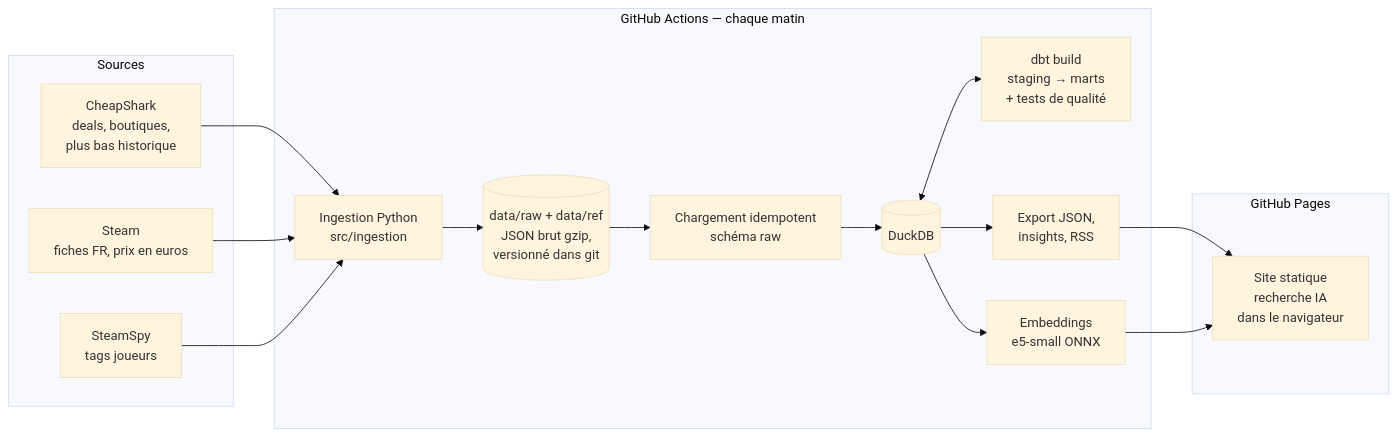
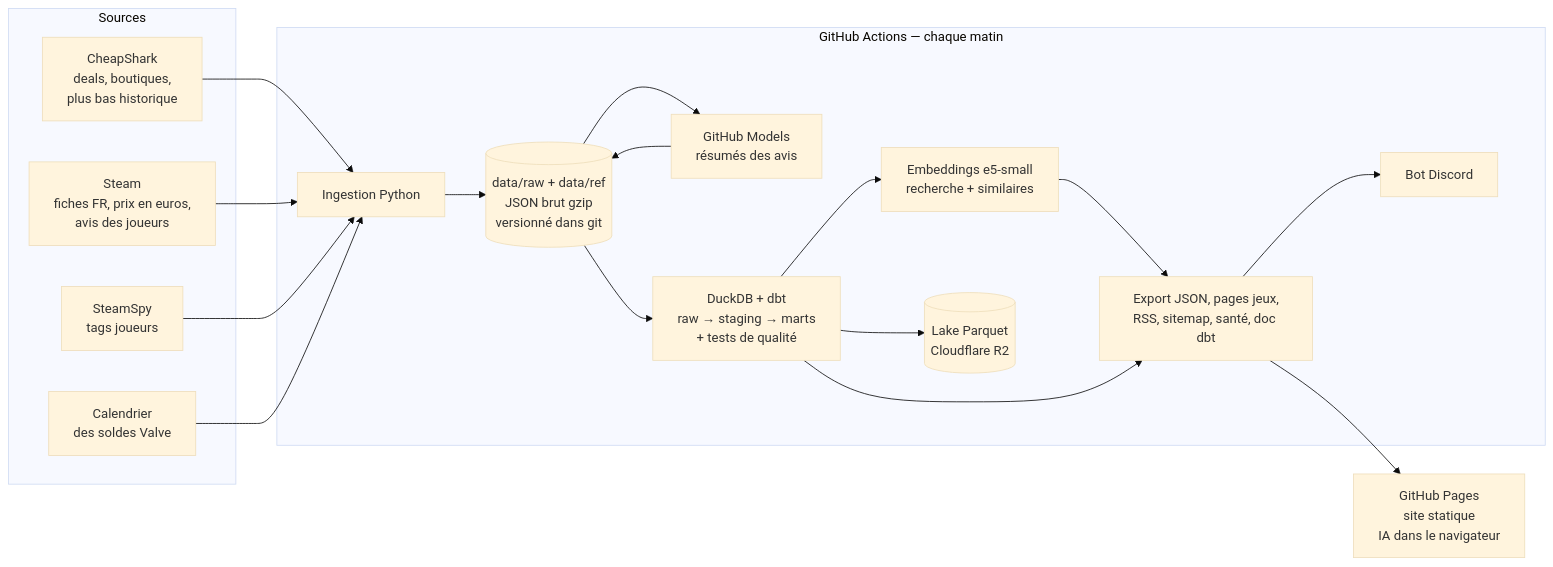
The diagram in README.md (Slfire/deal-hunter), drawn with Mermaid (base theme) before and after one commit. The commit also changed other lines of this file and 22 other files, not shown here.

Commit message:
v5 : avis IA, jeux similaires, pages jeux, soldes Steam, santé, doc dbt, lake, Discord

````diff
--- a/README.md
+++ b/README.md
@@ -11,27 +11,29 @@
 ```mermaid
 flowchart LR
     subgraph Sources
         CS[CheapShark<br/>deals, boutiques,<br/>plus bas historique]
-        ST[Steam<br/>fiches FR, prix en euros]
+        ST[Steam<br/>fiches FR, prix en euros,<br/>avis des joueurs]
         SP[SteamSpy<br/>tags joueurs]
+        VC[Calendrier<br/>des soldes Valve]
     end
 
     subgraph "GitHub Actions — chaque matin"
-        ING[Ingestion Python<br/>src/ingestion]
-        RAW[(data/raw + data/ref<br/>JSON brut gzip,<br/>versionné dans git)]
-        LOAD[Chargement idempotent<br/>schéma raw]
-        DBT[dbt build<br/>staging → marts<br/>+ tests de qualité]
-        DW[(DuckDB)]
-        EXP[Export JSON,<br/>insights, RSS]
-        EMB[Embeddings<br/>e5-small ONNX]
+        ING[Ingestion Python]
+        RAW[(data/raw + data/ref<br/>JSON brut gzip<br/>versionné dans git)]
+        LLM[GitHub Models<br/>résumés des avis]
+        DBT[DuckDB + dbt<br/>raw → staging → marts<br/>+ tests de qualité]
+        EMB[Embeddings e5-small<br/>recherche + similaires]
+        PUB[Export JSON, pages jeux,<br/>RSS, sitemap, santé, doc dbt]
+        LAKE[(Lake Parquet<br/>Cloudflare R2)]
+        DIS[Bot Discord]
     end
 
-    subgraph "GitHub Pages"
-        SITE[Site statique<br/>recherche IA<br/>dans le navigateur]
-    end
+    SITE[GitHub Pages<br/>site statique<br/>IA dans le navigateur]
 
-    CS & ST & SP --> ING --> RAW --> LOAD --> DW
-    DW <--> DBT
-    DW --> EXP --> SITE
-    DW --> EMB --> SITE
+    CS & ST & SP & VC --> ING --> RAW
+    RAW --> LLM --> RAW
+    RAW --> DBT --> EMB --> PUB --> SITE
+    DBT --> PUB
+    DBT --> LAKE
+    PUB --> DIS
 ```
````
